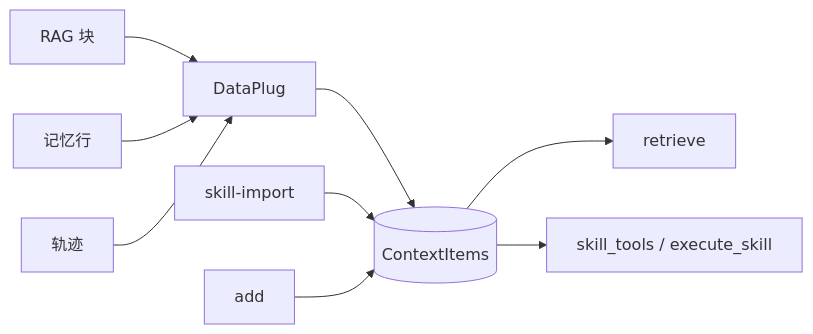
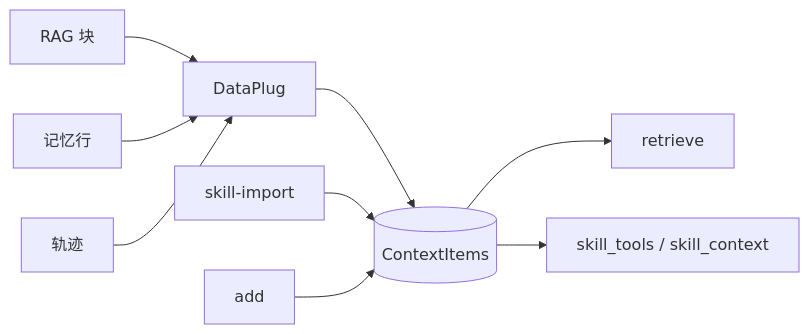
Before and after one commit to Evenss/contextseek: the diagram in docs/zh/guides/integrations/dataplugs.md, drawn with Mermaid. The commit also changed other lines of this file and 15 other files, not shown here.

````diff
--- a/docs/zh/guides/integrations/dataplugs.md
+++ b/docs/zh/guides/integrations/dataplugs.md
@@ -228,11 +228,11 @@
 ```mermaid
 flowchart LR
   RAG[RAG 块] --> P[DataPlug]
   MEM[记忆行] --> P
   TR[轨迹] --> P
   P --> Store[(ContextItems)]
   SK[skill-import] --> Store
   Manual[add] --> Store
   Store --> Ret[retrieve]
-  Store --> SkAPI[skill_tools / execute_skill]
+  Store --> SkAPI[skill_tools / skill_context]
 ```
````
